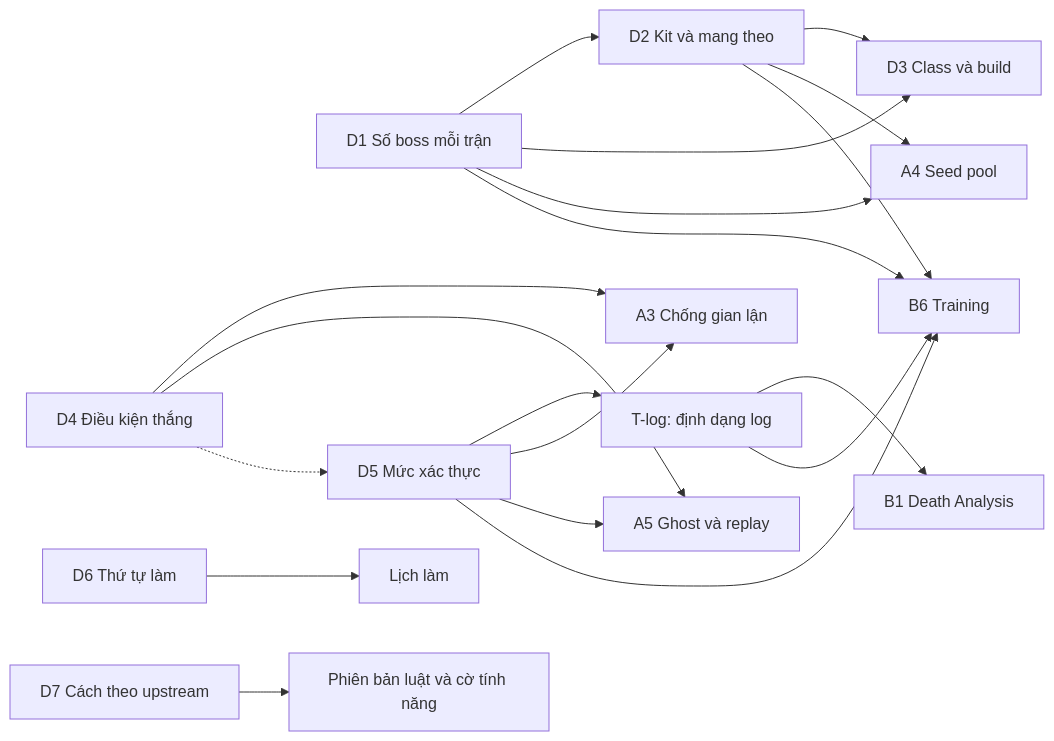
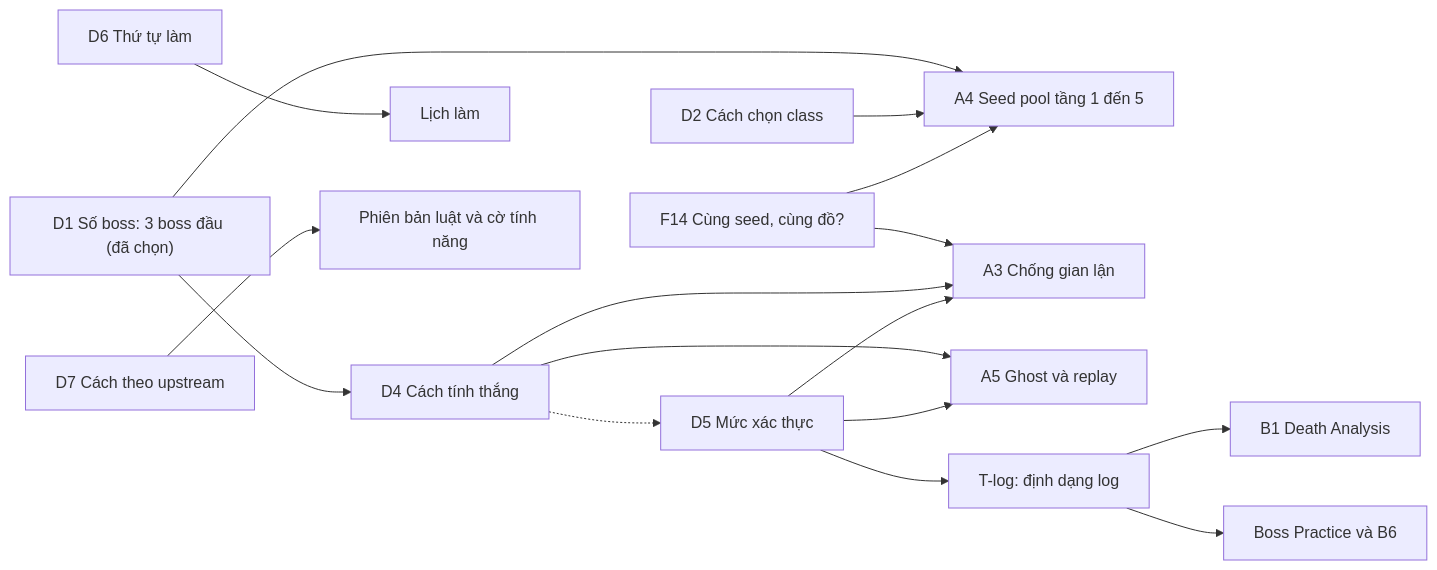
Before and after one commit to suanlong06/shattered-pixel-dungeon-ranked: the diagram in docs/DECISIONS.md, drawn with Mermaid. The commit also changed other lines of this file and 1 other file, not shown here.

First line of the commit message:
docs: cập nhật luật Duel theo đính chính của user, thêm rủi ro seed và Boss Practice

````diff
--- a/docs/DECISIONS.md
+++ b/docs/DECISIONS.md
@@ -38,21 +44,18 @@
 ```mermaid
 flowchart LR
-  D1["D1 Số boss mỗi trận"] --> D2["D2 Kit và mang theo"]
-  D1 --> D3["D3 Class và build"]
-  D2 --> D3
-  D1 --> A4["A4 Seed pool"]
-  D2 --> A4
-  D1 --> B6["B6 Training"]
-  D2 --> B6
-  D4["D4 Điều kiện thắng"] --> A3["A3 Chống gian lận"]
+  D1["D1 Số boss: 3 boss đầu (đã chọn)"] --> D4["D4 Cách tính thắng"]
+  D1 --> A4["A4 Seed pool tầng 1 đến 5"]
+  D2["D2 Cách chọn class"] --> A4
+  F14["F14 Cùng seed, cùng đồ?"] --> A4
+  F14 --> A3["A3 Chống gian lận"]
+  D4 --> A3
   D4 --> A5["A5 Ghost và replay"]
   D5["D5 Mức xác thực"] --> LOG["T-log: định dạng log"]
   D5 --> A3
   D5 --> A5
-  D5 --> B6
   D4 -.-> D5
   LOG --> B1["B1 Death Analysis"]
-  LOG --> B6
+  LOG --> BP["Boss Practice và B6"]
   D6["D6 Thứ tự làm"] --> PLAN["Lịch làm"]
   D7["D7 Cách theo upstream"] --> VER["Phiên bản luật và cờ tính năng"]
 ```
````
